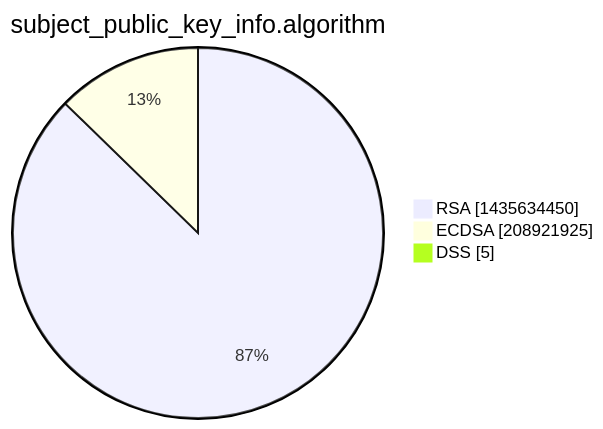
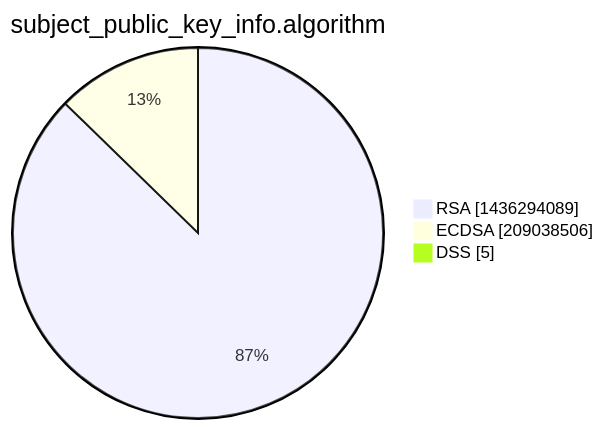
Before and after one commit to christiankrug/ctmonitor_visualization: the third of 15 diagrams in xenon2022/README.md, drawn with Mermaid. The commit also changed other lines of this file, not shown here.

````diff
--- a/xenon2022/README.md
+++ b/xenon2022/README.md
@@ -14,7 +14,7 @@
 ```mermaid
 pie showData
 title subject_public_key_info.algorithm
-"RSA" :1435634450
-"ECDSA" :208921925
+"RSA" :1436294089
+"ECDSA" :209038506
 "DSS" :5
 ```
````
